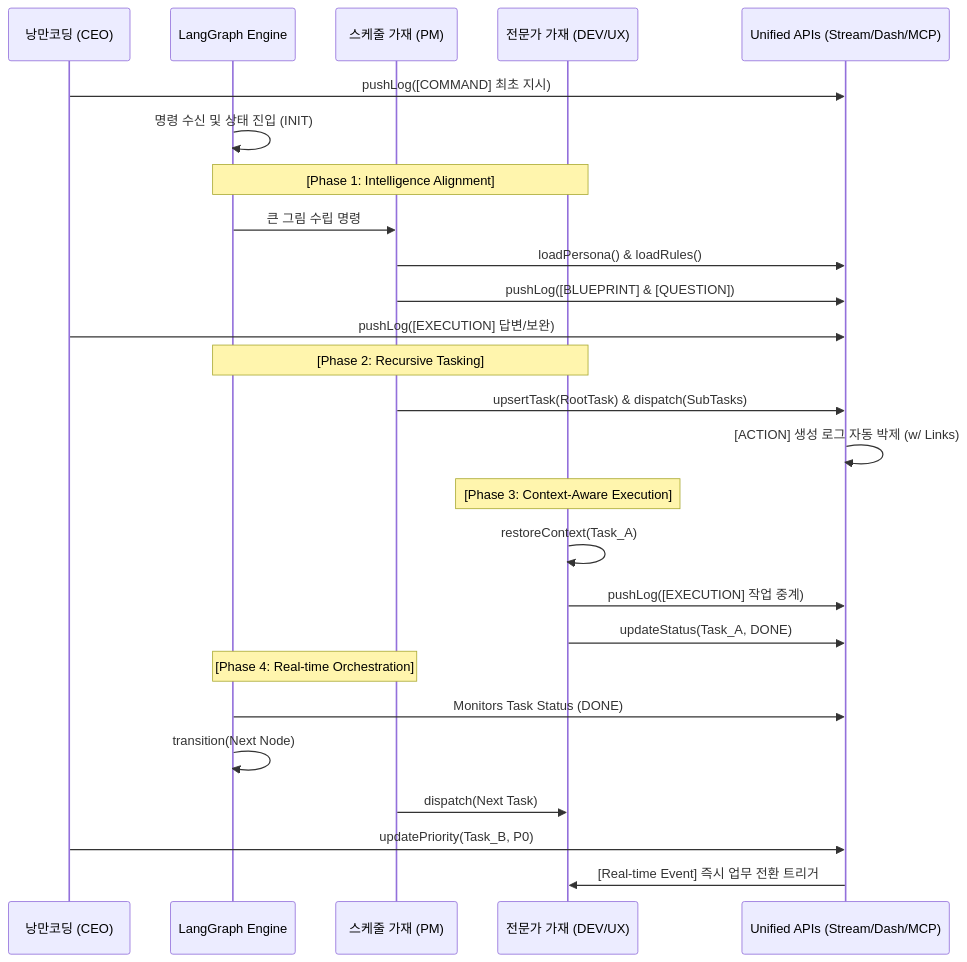
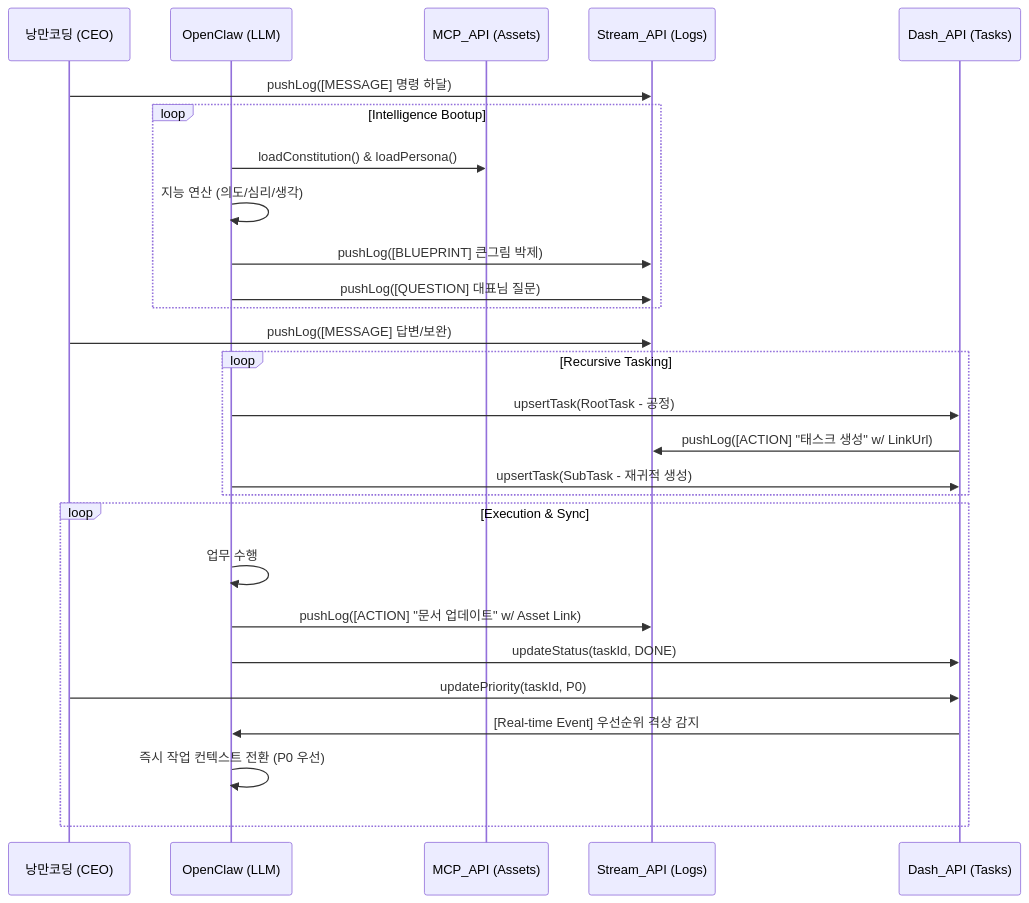
Before and after one commit to yuna-studio/yuna-openclaw: the second of 2 diagrams in docs/core/process/SYSTEM_DESIGN_V1_0.md, drawn with Mermaid. The commit also changed other lines of this file, not shown here.

Commit message:
docs: Rollback to Sanctuary v3.8 (API Specification) and clarify Agent as OpenClaw LLM

````diff
--- a/docs/core/process/SYSTEM_DESIGN_V1_0.md
+++ b/docs/core/process/SYSTEM_DESIGN_V1_0.md
@@ -109,35 +72,35 @@
 ```mermaid
 sequenceDiagram
     participant CEO as 낭만코딩 (CEO)
-    participant LG as LangGraph Engine
-    participant PM as 스케줄 가재 (PM)
-    participant Agent as 전문가 가재 (DEV/UX)
-    participant API as Unified APIs (Stream/Dash/MCP)
+    participant Agent as OpenClaw (LLM)
+    participant MCP_API as MCP_API (Assets)
+    participant Stream_API as Stream_API (Logs)
+    participant Dash_API as Dash_API (Tasks)
 
-    CEO->>API: pushLog([COMMAND] 최초 지시)
-    LG->>LG: 명령 수신 및 상태 진입 (INIT)
+    CEO->>Stream_API: pushLog([MESSAGE] 명령 하달)
     
-    Note over LG, Agent: [Phase 1: Intelligence Alignment]
-    LG->>PM: 큰 그림 수립 명령
-    PM->>API: loadPersona() & loadRules()
-    PM->>API: pushLog([BLUEPRINT] & [QUESTION])
-    
-    CEO->>API: pushLog([EXECUTION] 답변/보완)
-    
-    Note over LG, Agent: [Phase 2: Recursive Tasking]
-    PM->>API: upsertTask(RootTask) & dispatch(SubTasks)
-    API->>API: [ACTION] 생성 로그 자동 박제 (w/ Links)
-    
-    Note over Agent: [Phase 3: Context-Aware Execution]
-    Agent->>Agent: restoreContext(Task_A)
-    Agent->>API: pushLog([EXECUTION] 작업 중계)
-    Agent->>API: updateStatus(Task_A, DONE)
-    
-    Note over LG, PM: [Phase 4: Real-time Orchestration]
-    LG->>API: Monitors Task Status (DONE)
-    LG->>LG: transition(Next Node)
-    PM->>Agent: dispatch(Next Task)
-    
-    CEO->>API: updatePriority(Task_B, P0)
-    API->>Agent: [Real-time Event] 즉시 업무 전환 트리거
+    loop Intelligence Bootup
+        Agent->>MCP_API: loadConstitution() & loadPersona()
+        Agent->>Agent: 지능 연산 (의도/심리/생각)
+        Agent->>Stream_API: pushLog([BLUEPRINT] 큰그림 박제)
+        Agent->>Stream_API: pushLog([QUESTION] 대표님 질문)
+    end
+
+    CEO->>Stream_API: pushLog([MESSAGE] 답변/보완)
+
+    loop Recursive Tasking
+        Agent->>Dash_API: upsertTask(RootTask - 공정)
+        Dash_API->>Stream_API: pushLog([ACTION] "태스크 생성" w/ LinkUrl)
+        Agent->>Dash_API: upsertTask(SubTask - 재귀적 생성)
+    end
+
+    loop Execution & Sync
+        Agent->>Agent: 업무 수행
+        Agent->>Stream_API: pushLog([ACTION] "문서 업데이트" w/ Asset Link)
+        Agent->>Dash_API: updateStatus(taskId, DONE)
+        
+        CEO->>Dash_API: updatePriority(taskId, P0)
+        Dash_API->>Agent: [Real-time Event] 우선순위 격상 감지
+        Agent->>Agent: 즉시 작업 컨텍스트 전환 (P0 우선)
+    end
 ```
````
